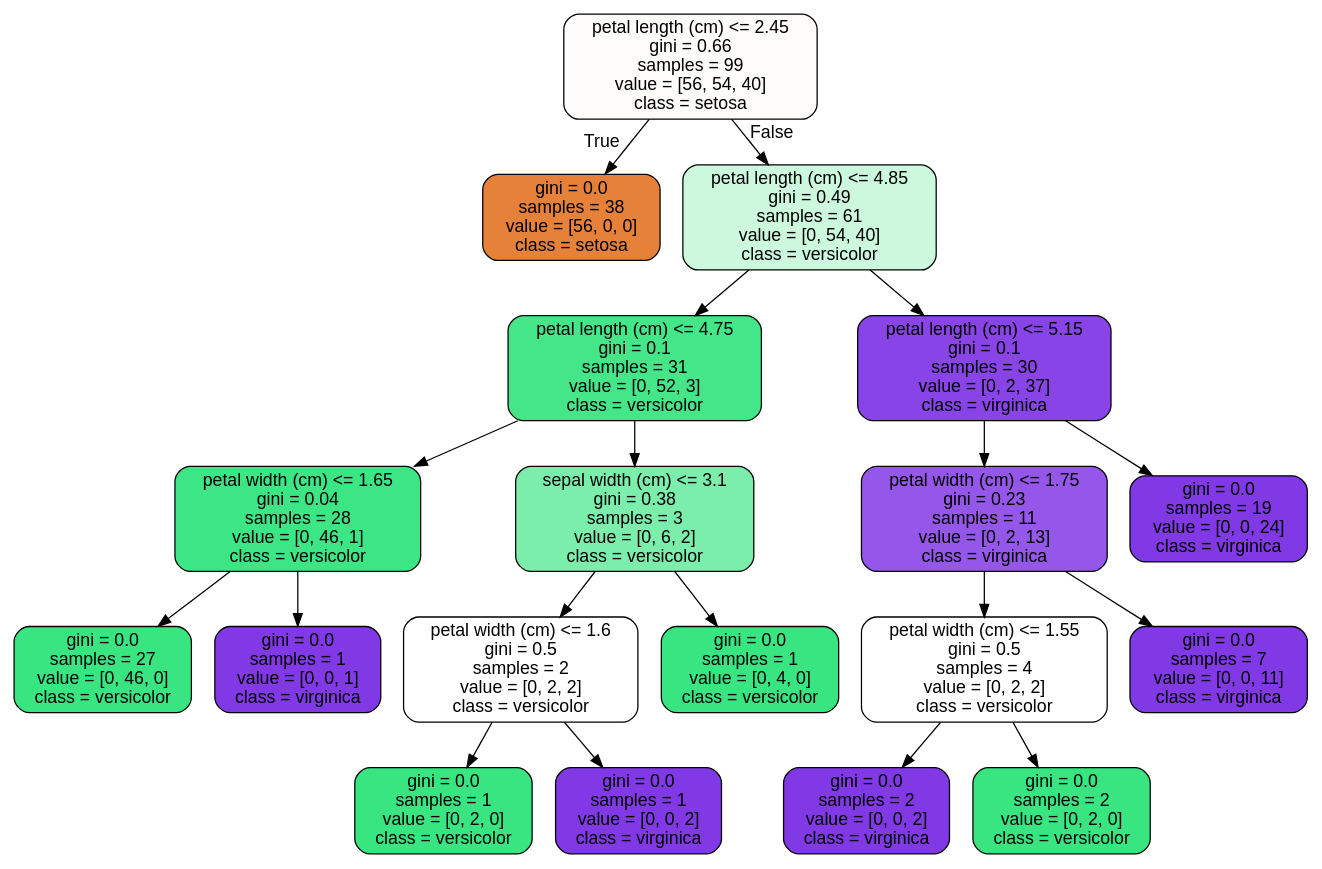
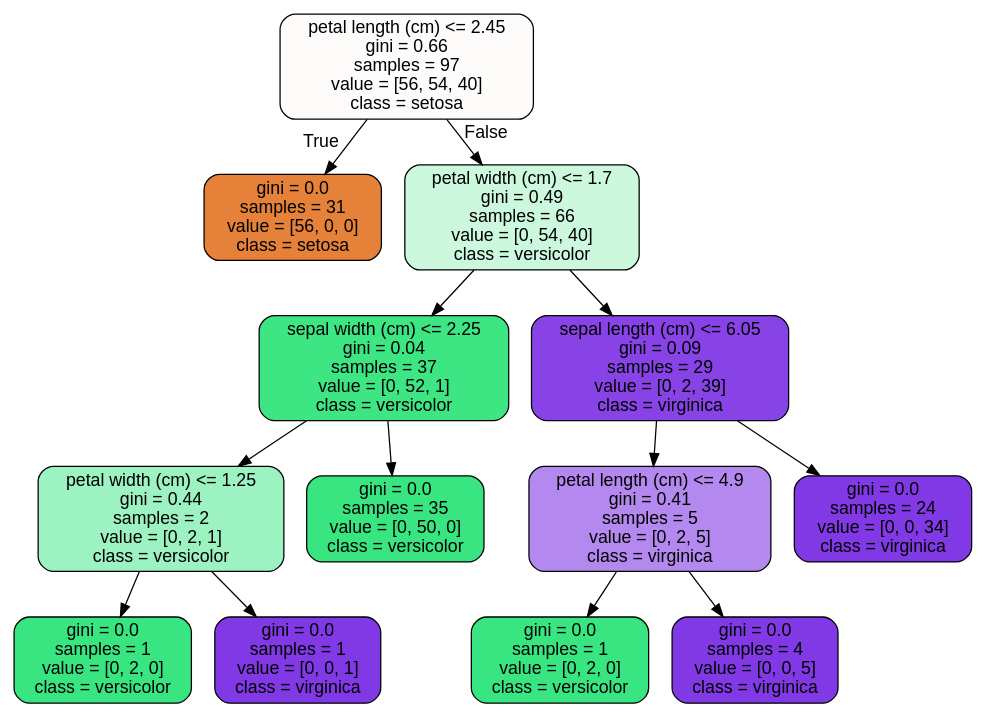
The diagram in Unit 14 - Supervised Learning/14.4 Random Forest Coronavirus case study/tree.dot (faridjn/-Springboard-7_2_5_API-Mini-Project), drawn with Graphviz before and after one commit. The commit also changed 2 other files, not shown here.

```diff
--- a/Unit 14 - Supervised Learning/14.4 Random Forest Coronavirus case study/tree.dot
+++ b/Unit 14 - Supervised Learning/14.4 Random Forest Coronavirus case study/tree.dot
@@ -1,41 +1,29 @@
 digraph Tree {
 node [shape=box, style="filled, rounded", color="black", fontname="helvetica"] ;
 edge [fontname="helvetica"] ;
-0 [label="petal length (cm) <= 2.45\ngini = 0.66\nsamples = 99\nvalue = [56, 54, 40]\nclass = setosa", fillcolor="#fefcfb"] ;
-1 [label="gini = 0.0\nsamples = 38\nvalue = [56, 0, 0]\nclass = setosa", fillcolor="#e58139"] ;
+0 [label="petal length (cm) <= 2.45\ngini = 0.66\nsamples = 97\nvalue = [56, 54, 40]\nclass = setosa", fillcolor="#fefcfb"] ;
+1 [label="gini = 0.0\nsamples = 31\nvalue = [56, 0, 0]\nclass = setosa", fillcolor="#e58139"] ;
 0 -> 1 [labeldistance=2.5, labelangle=45, headlabel="True"] ;
-2 [label="petal length (cm) <= 4.85\ngini = 0.49\nsamples = 61\nvalue = [0, 54, 40]\nclass = versicolor", fillcolor="#ccf8de"] ;
+2 [label="petal width (cm) <= 1.7\ngini = 0.49\nsamples = 66\nvalue = [0, 54, 40]\nclass = versicolor", fillcolor="#ccf8de"] ;
 0 -> 2 [labeldistance=2.5, labelangle=-45, headlabel="False"] ;
-3 [label="petal length (cm) <= 4.75\ngini = 0.1\nsamples = 31\nvalue = [0, 52, 3]\nclass = versicolor", fillcolor="#44e688"] ;
+3 [label="sepal width (cm) <= 2.25\ngini = 0.04\nsamples = 37\nvalue = [0, 52, 1]\nclass = versicolor", fillcolor="#3de683"] ;
 2 -> 3 ;
-4 [label="petal width (cm) <= 1.65\ngini = 0.04\nsamples = 28\nvalue = [0, 46, 1]\nclass = versicolor", fillcolor="#3de684"] ;
+4 [label="petal width (cm) <= 1.25\ngini = 0.44\nsamples = 2\nvalue = [0, 2, 1]\nclass = versicolor", fillcolor="#9cf2c0"] ;
 3 -> 4 ;
-5 [label="gini = 0.0\nsamples = 27\nvalue = [0, 46, 0]\nclass = versicolor", fillcolor="#39e581"] ;
+5 [label="gini = 0.0\nsamples = 1\nvalue = [0, 2, 0]\nclass = versicolor", fillcolor="#39e581"] ;
 4 -> 5 ;
 6 [label="gini = 0.0\nsamples = 1\nvalue = [0, 0, 1]\nclass = virginica", fillcolor="#8139e5"] ;
 4 -> 6 ;
-7 [label="sepal width (cm) <= 3.1\ngini = 0.38\nsamples = 3\nvalue = [0, 6, 2]\nclass = versicolor", fillcolor="#7beeab"] ;
+7 [label="gini = 0.0\nsamples = 35\nvalue = [0, 50, 0]\nclass = versicolor", fillcolor="#39e581"] ;
 3 -> 7 ;
-8 [label="petal width (cm) <= 1.6\ngini = 0.5\nsamples = 2\nvalue = [0, 2, 2]\nclass = versicolor", fillcolor="#ffffff"] ;
-7 -> 8 ;
-9 [label="gini = 0.0\nsamples = 1\nvalue = [0, 2, 0]\nclass = versicolor", fillcolor="#39e581"] ;
+8 [label="sepal length (cm) <= 6.05\ngini = 0.09\nsamples = 29\nvalue = [0, 2, 39]\nclass = virginica", fillcolor="#8743e6"] ;
+2 -> 8 ;
+9 [label="petal length (cm) <= 4.9\ngini = 0.41\nsamples = 5\nvalue = [0, 2, 5]\nclass = virginica", fillcolor="#b388ef"] ;
 8 -> 9 ;
-10 [label="gini = 0.0\nsamples = 1\nvalue = [0, 0, 2]\nclass = virginica", fillcolor="#8139e5"] ;
-8 -> 10 ;
-11 [label="gini = 0.0\nsamples = 1\nvalue = [0, 4, 0]\nclass = versicolor", fillcolor="#39e581"] ;
-7 -> 11 ;
-12 [label="petal length (cm) <= 5.15\ngini = 0.1\nsamples = 30\nvalue = [0, 2, 37]\nclass = virginica", fillcolor="#8844e6"] ;
-2 -> 12 ;
-13 [label="petal width (cm) <= 1.75\ngini = 0.23\nsamples = 11\nvalue = [0, 2, 13]\nclass = virginica", fillcolor="#9457e9"] ;
-12 -> 13 ;
-14 [label="petal width (cm) <= 1.55\ngini = 0.5\nsamples = 4\nvalue = [0, 2, 2]\nclass = versicolor", fillcolor="#ffffff"] ;
-13 -> 14 ;
-15 [label="gini = 0.0\nsamples = 2\nvalue = [0, 0, 2]\nclass = virginica", fillcolor="#8139e5"] ;
-14 -> 15 ;
-16 [label="gini = 0.0\nsamples = 2\nvalue = [0, 2, 0]\nclass = versicolor", fillcolor="#39e581"] ;
-14 -> 16 ;
-17 [label="gini = 0.0\nsamples = 7\nvalue = [0, 0, 11]\nclass = virginica", fillcolor="#8139e5"] ;
-13 -> 17 ;
-18 [label="gini = 0.0\nsamples = 19\nvalue = [0, 0, 24]\nclass = virginica", fillcolor="#8139e5"] ;
-12 -> 18 ;
+10 [label="gini = 0.0\nsamples = 1\nvalue = [0, 2, 0]\nclass = versicolor", fillcolor="#39e581"] ;
+9 -> 10 ;
+11 [label="gini = 0.0\nsamples = 4\nvalue = [0, 0, 5]\nclass = virginica", fillcolor="#8139e5"] ;
+9 -> 11 ;
+12 [label="gini = 0.0\nsamples = 24\nvalue = [0, 0, 34]\nclass = virginica", fillcolor="#8139e5"] ;
+8 -> 12 ;
 }
```
